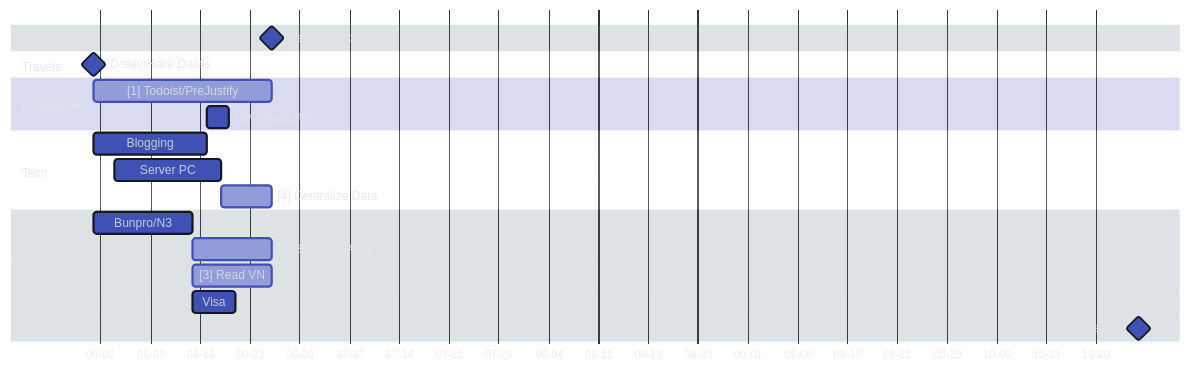
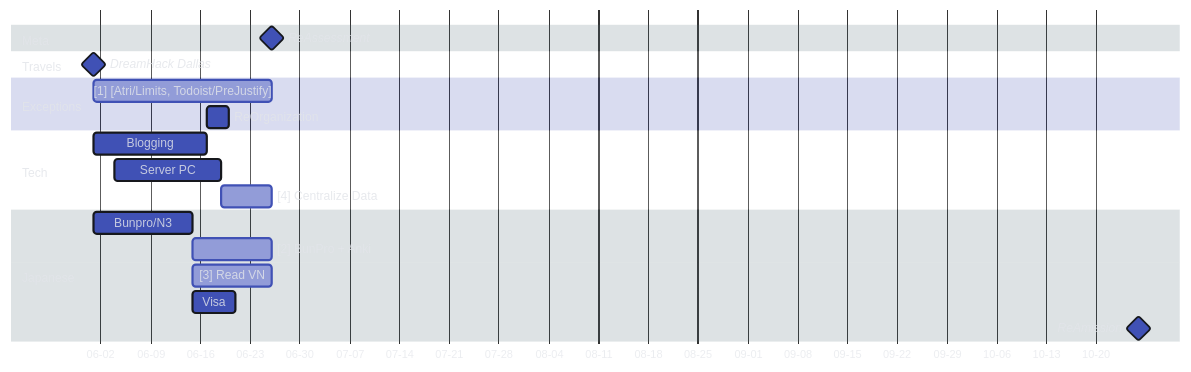
Before and after one commit to Serralq/Project-Norn: the first of 2 diagrams in docs/index.md, drawn with Mermaid. The commit also changed other lines of this file, not shown here.

Commit message:
Add atri to before everything else

````diff
--- a/docs/index.md
+++ b/docs/index.md
@@ -49,46 +49,46 @@
     ``` mermaid
     %%{
       init: {
         'theme': 'base',
         'themeVariables': {
           'darkMode': 'true',
           'fontFamily': 'hermit',
           'primaryColor': '#4051b5',
           'primaryBorderColor': '#16181D',
           'tertiaryColor': '#546d78',
           'tertiaryTextColor': '#E2E4E9D1',
           'textColor': '#E2E4E9D1',
           'noteTextColor': '#E2E4E9D1'
         }
       }
     }%%
     gantt
       dateFormat YY-MM-DD
       axisFormat %m-%d
       tickInterval 1week
       todayMarker stroke-width:3px,stroke:#E2E4E9,opacity:0.5
 
       section Meta
         ReAssessment              :milestone,  m1, 24-06-26, 0d
 
       section Travels
         DreamHack Dallas          :milestone,  v1 , 24-06-01, 0d
       section Exceptions
-        [1] Todoist/PreJustify        :active,     m2 , 24-06-01, until m1
+        [1] [Atri/Limits, Todoist/PreJustify]            :active,     m2 , 24-06-01, until m1
         ReOrganization            :            m3 , 24-06-17, 24-06-20
       section Tech
         Blogging                  :            t1 , 24-06-01, 24-06-17
         Server PC                 :            t2 , 24-06-04, 24-06-19
         [4] Centralize Data           :active,     t3 , 24-06-19, until m1
 
       section Japanese
         Bunpro/N3                 :            j1 , 24-06-01, 24-06-15
         [2] BunPro + Anki             :active,     j2 , after j1, until m1
         [3] Read VN                   :active,     j3 , after j1, until m1
         Visa                      :            j4 , 24-06-15, 24-06-21
 
         %% Futures
         ReAmission                :milestone,  j10, 24-10-26, 0d
       section Stationaries
 
     ```
````
